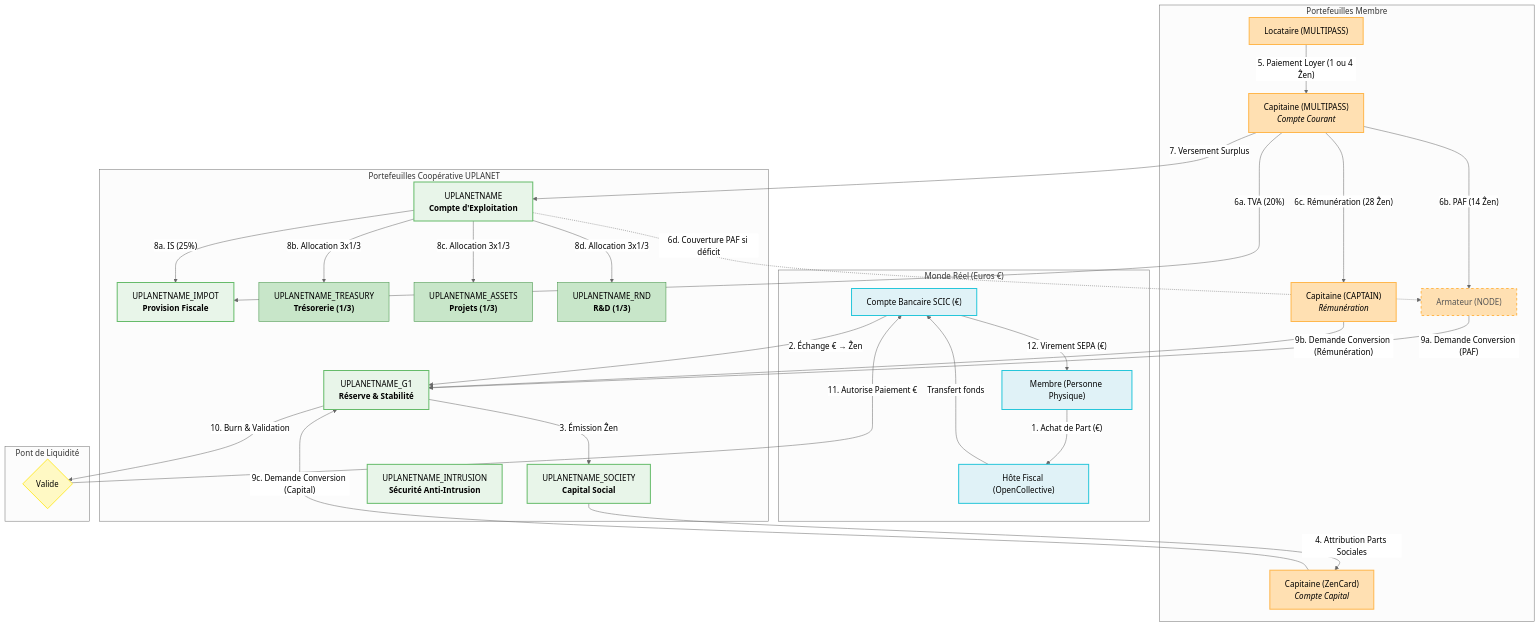
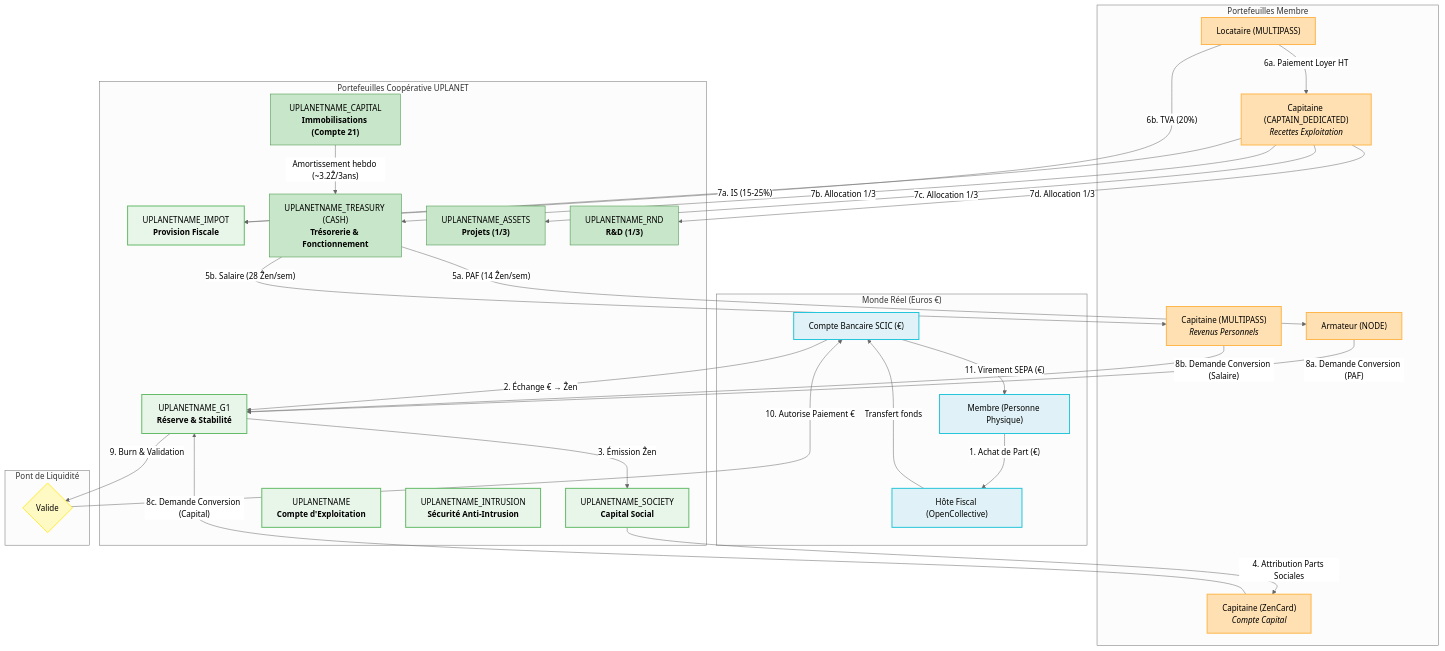
The diagram in LEGAL.md (papiche/Astroport.ONE), drawn with Mermaid (neutral theme) before and after one commit. The commit also changed other lines of this file and 13 other files, not shown here.

First line of the commit message:
Implement UPLANETNAME_CAPITAL wallet for infrastructure capital management

````diff
--- a/LEGAL.md
+++ b/LEGAL.md
@@ -128,72 +137,75 @@
 ```mermaid
 graph TD
     %% Styling definitions for clarity and consistency
     classDef realWorld fill:#e0f2f7,stroke:#26c6da,stroke-width:2px,color:#000
     classDef cooperativeCentral fill:#e8f5e9,stroke:#66bb6a,stroke-width:2px,color:#000
     classDef memberWallet fill:#ffe0b2,stroke:#ffb74d,stroke-width:2px,color:#000
     classDef processStep fill:#f3e5f5,stroke:#ba68c8,stroke-width:1px,color:#000
     classDef internalFlow stroke-dasharray: 5 5,color:#555
     classDef externalFlow stroke-width:1.5px,color:#333
     classDef decisionPoint fill:#fff9c4,stroke:#ffeb3b,stroke-width:2px,color:#000
     classDef allocationType fill:#c8e6c9,stroke:#388e3c,stroke-width:1px,color:#000
 
     subgraph "Monde Réel (Euros €)"
         MB_SCIC["Compte Bancaire SCIC (€)"]:::realWorld
         HoteFiscal["Hôte Fiscal (OpenCollective)"]:::realWorld
         MembrePhysique["Membre (Personne Physique)"]:::realWorld
 
         MembrePhysique -- "1. Achat de Part (€)" --> HoteFiscal
         HoteFiscal -- "Transfert fonds" --> MB_SCIC
     end
 
     subgraph "Portefeuilles Coopérative UPLANET"
         UPLANETNAME_G1["UPLANETNAME_G1<br><b>Réserve & Stabilité</b>"]:::cooperativeCentral
         UPLANETNAME_SOCIETY["UPLANETNAME_SOCIETY<br><b>Capital Social</b>"]:::cooperativeCentral
         UPLANETNAME["UPLANETNAME<br><b>Compte d'Exploitation</b>"]:::cooperativeCentral
         UPLANETNAME_IMPOT["UPLANETNAME_IMPOT<br><b>Provision Fiscale</b>"]:::cooperativeCentral
-        UPLANETNAME_TREASURY["UPLANETNAME_TREASURY<br><b>Trésorerie (1/3)</b>"]:::allocationType
+        UPLANETNAME_TREASURY["UPLANETNAME_TREASURY (CASH)<br><b>Trésorerie & Fonctionnement</b>"]:::allocationType
         UPLANETNAME_ASSETS["UPLANETNAME_ASSETS<br><b>Projets (1/3)</b>"]:::allocationType
         UPLANETNAME_RND["UPLANETNAME_RND<br><b>R&D (1/3)</b>"]:::allocationType
+        UPLANETNAME_CAPITAL["UPLANETNAME_CAPITAL<br><b>Immobilisations (Compte 21)</b>"]:::allocationType
         UPLANETNAME_INTRUSION["UPLANETNAME_INTRUSION<br><b>Sécurité Anti-Intrusion</b>"]:::cooperativeCentral
+        
+        %% Amortissement Capital → CASH
+        UPLANETNAME_CAPITAL -- "Amortissement hebdo (~3.2Ẑ/3ans)" --> UPLANETNAME_TREASURY
         
         MB_SCIC -- "2. Échange € → Ẑen" --> UPLANETNAME_G1
         UPLANETNAME_G1 -- "3. Émission Ẑen" --> UPLANETNAME_SOCIETY
     end
 
     subgraph "Portefeuilles Membre"
         MULTIPASS_Loc["Locataire (MULTIPASS)"]:::memberWallet
-        Capitaine_MP["Capitaine (MULTIPASS)<br><i>Compte Courant</i>"]:::memberWallet
+        Capitaine_MP["Capitaine (MULTIPASS)<br><i>Revenus Personnels</i>"]:::memberWallet
         Capitaine_ZC["Capitaine (ZenCard)<br><i>Compte Capital</i>"]:::memberWallet
-        Capitaine_Ded["Capitaine (CAPTAIN)<br><i>Rémunération</i>"]:::memberWallet
+        Capitaine_Ded["Capitaine (CAPTAIN_DEDICATED)<br><i>Recettes Exploitation</i>"]:::memberWallet
         Armateur_Node["Armateur (NODE)"]:::memberWallet
     end
 
     %% FLUX DE CAPITALISATION
     UPLANETNAME_SOCIETY -- "4. Attribution Parts Sociales" --> Capitaine_ZC
 
-    %% FLUX D'EXPLOITATION
-    MULTIPASS_Loc -- "5. Paiement Loyer (1 ou 4 Ẑen)" --> Capitaine_MP
+    %% FLUX D'EXPLOITATION - Coûts opérationnels payés par CASH
+    UPLANETNAME_TREASURY -- "5a. PAF (14 Ẑen/sem)" --> Armateur_Node
+    UPLANETNAME_TREASURY -- "5b. Salaire (28 Ẑen/sem)" --> Capitaine_MP
     
-    Capitaine_MP -- "6a. TVA (20%)" --> UPLANETNAME_IMPOT
-    Capitaine_MP -- "6b. PAF (14 Ẑen)" --> Armateur_Node
-    Capitaine_MP -- "6c. Rémunération (28 Ẑen)" --> Capitaine_Ded
-    UPLANETNAME -. "6d. Couverture PAF si déficit" .-> Armateur_Node:::internalFlow
+    %% FLUX D'EXPLOITATION - Collecte des loyers
+    MULTIPASS_Loc -- "6a. Paiement Loyer HT" --> Capitaine_Ded
+    MULTIPASS_Loc -- "6b. TVA (20%)" --> UPLANETNAME_IMPOT
     
-    Capitaine_MP -- "7. Versement Surplus" --> UPLANETNAME
-    
-    UPLANETNAME -- "8a. IS (25%)" --> UPLANETNAME_IMPOT
-    UPLANETNAME -- "8b. Allocation 3x1/3" --> UPLANETNAME_TREASURY
-    UPLANETNAME -- "8c. Allocation 3x1/3" --> UPLANETNAME_ASSETS
-    UPLANETNAME -- "8d. Allocation 3x1/3" --> UPLANETNAME_RND
+    %% FLUX COOPÉRATIF - Allocation 3x1/3 depuis CAPTAIN_DEDICATED
+    Capitaine_Ded -- "7a. IS (15-25%)" --> UPLANETNAME_IMPOT
+    Capitaine_Ded -- "7b. Allocation 1/3" --> UPLANETNAME_TREASURY
+    Capitaine_Ded -- "7c. Allocation 1/3" --> UPLANETNAME_ASSETS
+    Capitaine_Ded -- "7d. Allocation 1/3" --> UPLANETNAME_RND
 
     %% FLUX DE CONVERSION (PONT DE LIQUIDITÉ)
     subgraph "Pont de Liquidité"
-        Armateur_Node -- "9a. Demande Conversion (PAF)" --> UPLANETNAME_G1
-        Capitaine_Ded -- "9b. Demande Conversion (Rémunération)" --> UPLANETNAME_G1
-        Capitaine_ZC -- "9c. Demande Conversion (Capital)" --> UPLANETNAME_G1
+        Armateur_Node -- "8a. Demande Conversion (PAF)" --> UPLANETNAME_G1
+        Capitaine_MP -- "8b. Demande Conversion (Salaire)" --> UPLANETNAME_G1
+        Capitaine_ZC -- "8c. Demande Conversion (Capital)" --> UPLANETNAME_G1
 
-        UPLANETNAME_G1 -- "10. Burn & Validation" --> Validation{"Valide"}:::decisionPoint
-        Validation -- "11. Autorise Paiement €" --> MB_SCIC
-        MB_SCIC -- "12. Virement SEPA (€)" --> MembrePhysique
+        UPLANETNAME_G1 -- "9. Burn & Validation" --> Validation{"Valide"}:::decisionPoint
+        Validation -- "10. Autorise Paiement €" --> MB_SCIC
+        MB_SCIC -- "11. Virement SEPA (€)" --> MembrePhysique
     end
 ```
````
